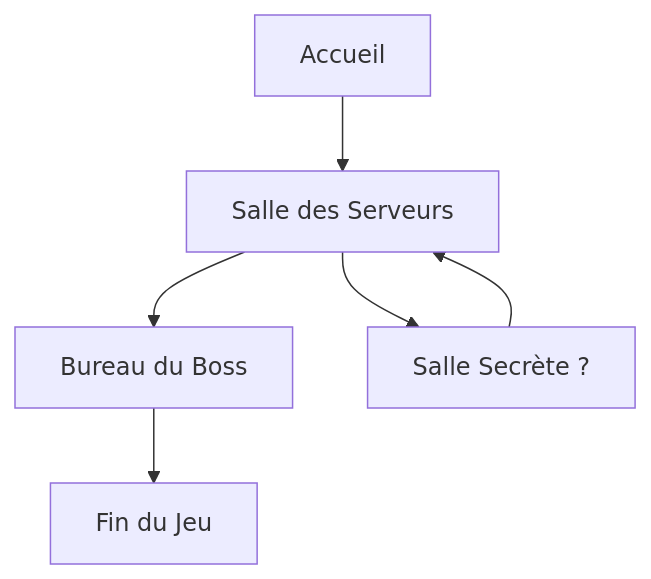
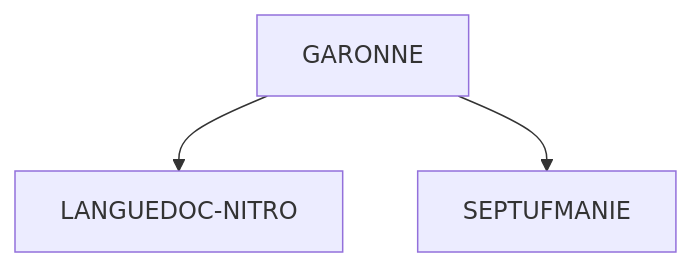
The diagram in README.md (Septimania/septimania), drawn with Mermaid before and after one commit.

````diff
--- a/README.md
+++ b/README.md
@@ -113,8 +113,5 @@
 ```mermaid
   graph TD
-      A[Accueil] --> B[Salle des Serveurs]
-      B --> C[Bureau du Boss]
-      B --> D[Salle Secrète ?]
-      C --> E[Fin du Jeu]
-      D --> B
+      A[GARONNE] --> B[LANGUEDOC-NITRO]
+      A --> C[SEPTUFMANIE]
 ```
````
